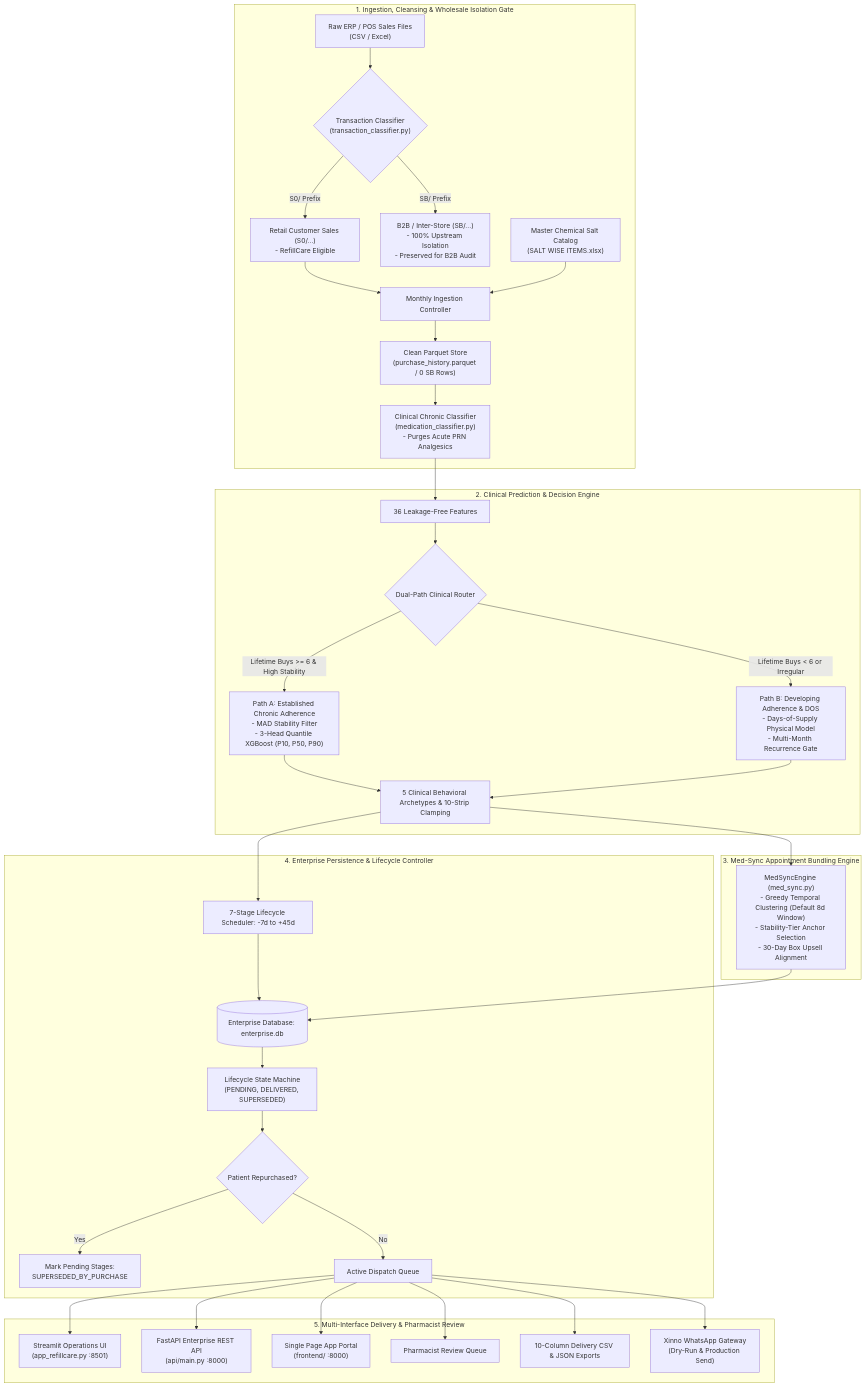
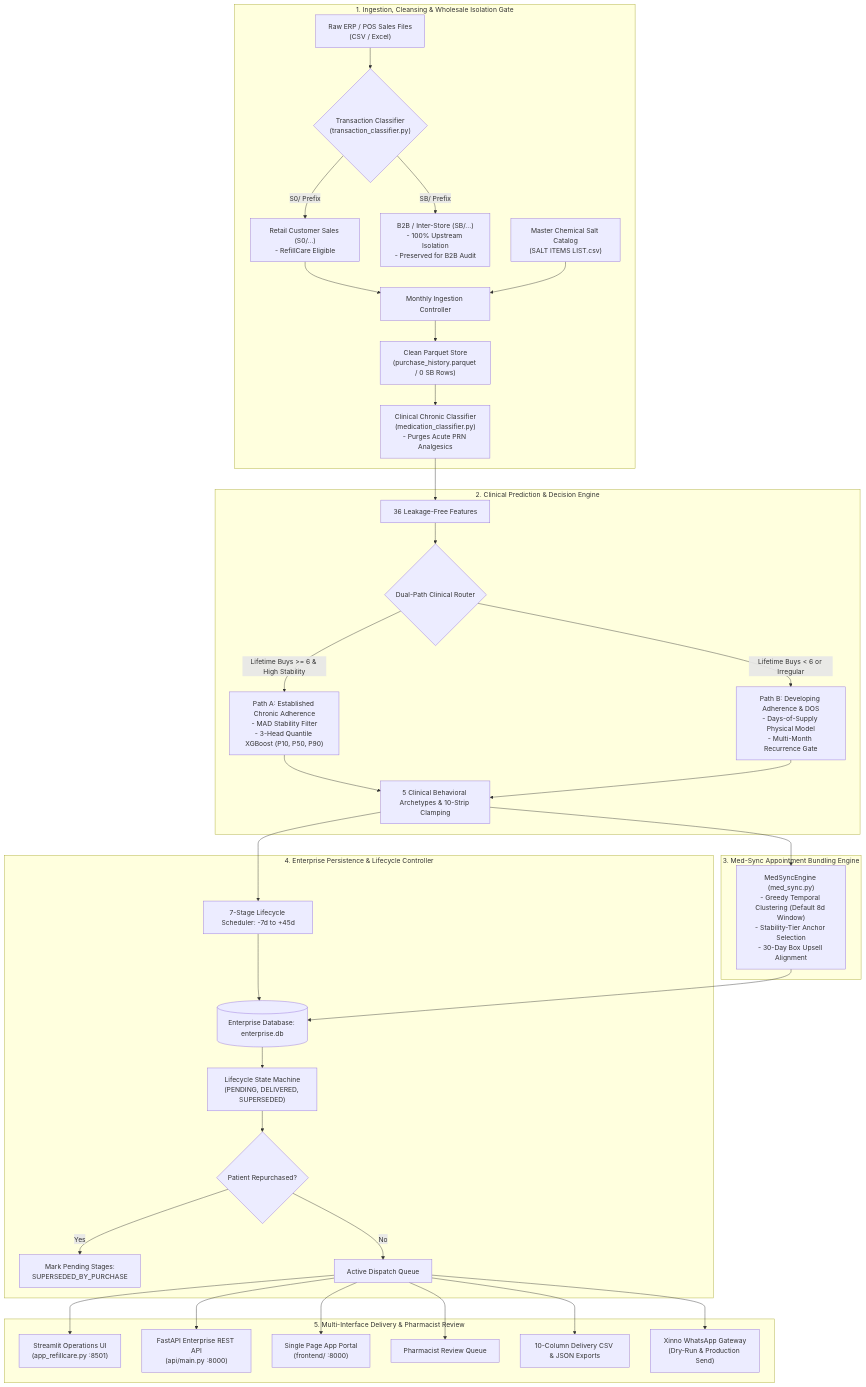
Before and after one commit to sunil872/ai-mediastra-whatsapp-reminder: the diagram in docs/refillcare_system_architecture.md, drawn with Mermaid. The commit also changed 28 other files, not shown here.

````diff
--- a/docs/refillcare_system_architecture.md
+++ b/docs/refillcare_system_architecture.md
@@ -40,52 +40,52 @@
 ```mermaid
 flowchart TD
     subgraph Data_Layer ["1. Ingestion, Cleansing & Wholesale Isolation Gate"]
         Raw["Raw ERP / POS Sales Files<br/>(CSV / Excel)"]
-        Salt["Master Chemical Salt Catalog<br/>(SALT WISE ITEMS.xlsx)"]
+        Salt["Master Chemical Salt Catalog<br/>(SALT ITEMS LIST.csv)"]
         Classifier{"Transaction Classifier<br/>(transaction_classifier.py)"}
         B2B["B2B / Inter-Store (SB/...)<br/>- 100% Upstream Isolation<br/>- Preserved for B2B Audit"]
         Clean["Retail Customer Sales (S0/...)<br/>- RefillCare Eligible"]
         Parquet["Clean Parquet Store<br/>(purchase_history.parquet / 0 SB Rows)"]
         MedClass["Clinical Chronic Classifier<br/>(medication_classifier.py)<br/>- Purges Acute PRN Analgesics"]
         
         Raw --> Classifier
         Classifier -->|SB/ Prefix| B2B
         Classifier -->|S0/ Prefix| Clean
         Clean --> Ingest[Monthly Ingestion Controller]
         Salt --> Ingest
         Ingest --> Parquet
         Parquet --> MedClass
     end
 
     subgraph Decision_Engine ["2. Clinical Prediction & Decision Engine"]
         MedClass --> FeatEng[36 Leakage-Free Features]
         FeatEng --> Router{Dual-Path Clinical Router}
         Router -->|Lifetime Buys >= 6 & High Stability| PathA["Path A: Established Chronic Adherence<br/>- MAD Stability Filter<br/>- 3-Head Quantile XGBoost (P10, P50, P90)"]
         Router -->|Lifetime Buys < 6 or Irregular| PathB["Path B: Developing Adherence & DOS<br/>- Days-of-Supply Physical Model<br/>- Multi-Month Recurrence Gate"]
         PathA --> Archetypes[5 Clinical Behavioral Archetypes & 10-Strip Clamping]
         PathB --> Archetypes
     end
 
     subgraph Sync_Engine ["3. Med-Sync Appointment Bundling Engine"]
         Archetypes --> MedSync["MedSyncEngine (med_sync.py)<br/>- Greedy Temporal Clustering (Default 8d Window)<br/>- Stability-Tier Anchor Selection<br/>- 30-Day Box Upsell Alignment"]
     end
 
     subgraph Lifecycle_Layer ["4. Enterprise Persistence & Lifecycle Controller"]
         Archetypes --> Sched[7-Stage Lifecycle Scheduler: -7d to +45d]
         Sched --> DB[(Enterprise Database: enterprise.db)]
         MedSync --> DB
         DB --> Lifecycle["Lifecycle State Machine<br/>(PENDING, DELIVERED, SUPERSEDED)"]
         Lifecycle --> RepurchaseCheck{Patient Repurchased?}
         RepurchaseCheck -- Yes --> Supersede["Mark Pending Stages:<br/>SUPERSEDED_BY_PURCHASE"]
         RepurchaseCheck -- No --> DueQueue["Active Dispatch Queue"]
     end
 
     subgraph Interface_Delivery ["5. Multi-Interface Delivery & Pharmacist Review"]
         DueQueue --> Streamlit["Streamlit Operations UI<br/>(app_refillcare.py :8501)"]
         DueQueue --> FastAPI["FastAPI Enterprise REST API<br/>(api/main.py :8000)"]
         DueQueue --> SPA["Single Page App Portal<br/>(frontend/ :8000)"]
         DueQueue --> PharmacistReview["Pharmacist Review Queue"]
         DueQueue --> ExportCSV["10-Column Delivery CSV & JSON Exports"]
         DueQueue --> WhatsAppGateway["Xinno WhatsApp Gateway<br/>(Dry-Run & Production Send)"]
     end
 ```
````
